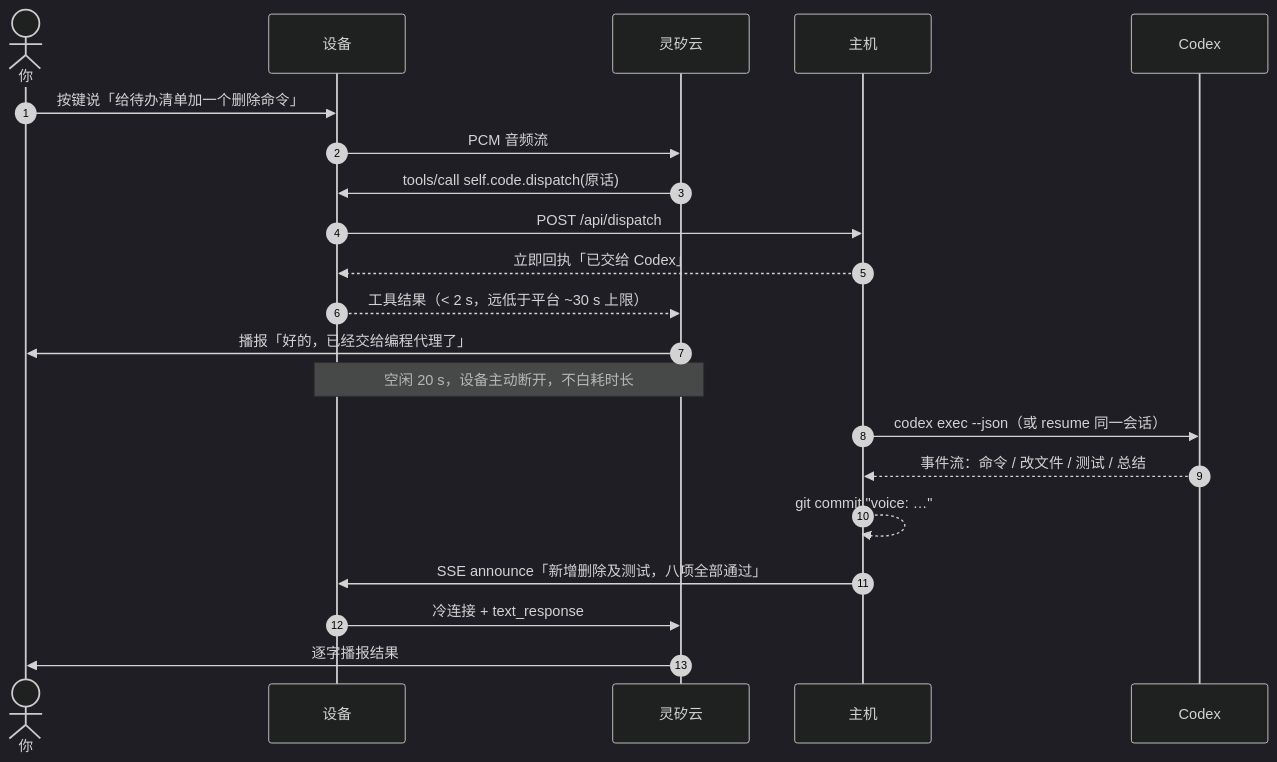
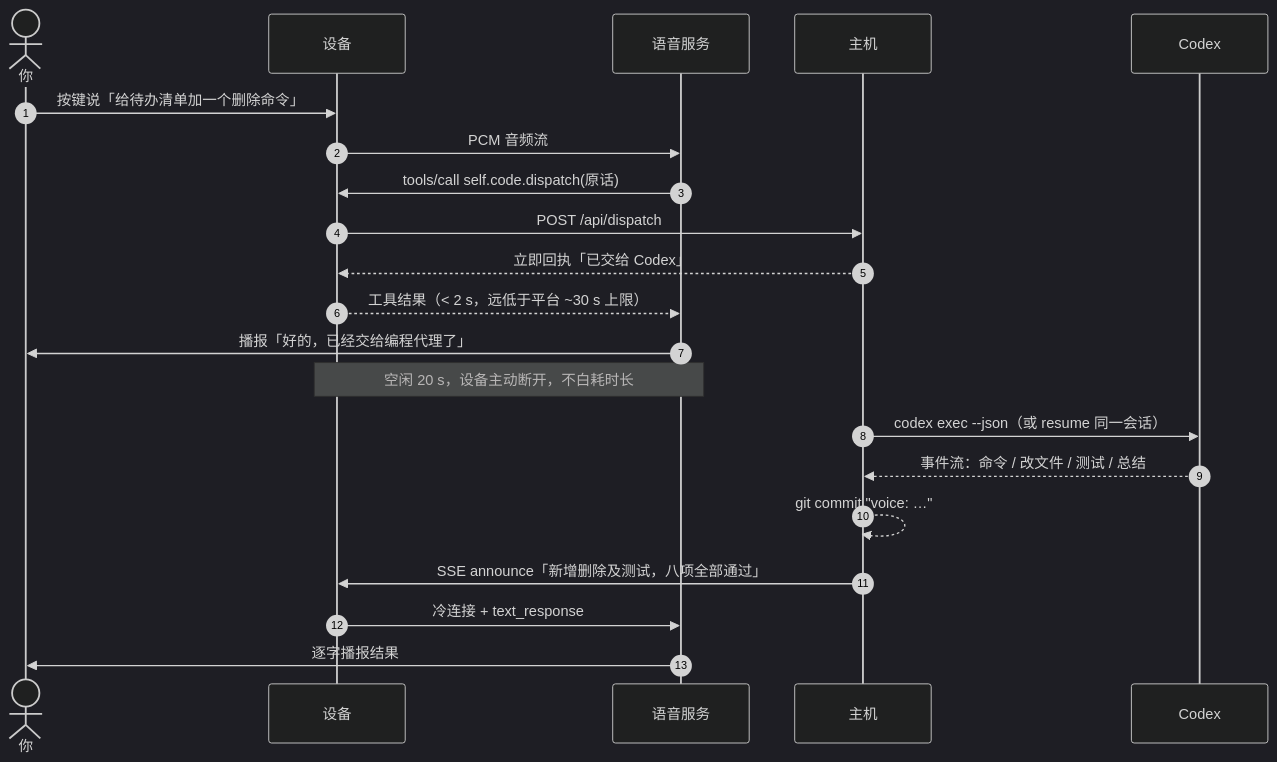
The second of 2 diagrams in README.md (Qiniu-ERE/Sunflower), drawn with Mermaid (dark theme) before and after one commit. The commit also changed other lines of this file and 14 other files, not shown here.

````diff
--- a/README.md
+++ b/README.md
@@ -73,24 +102,24 @@
 ```mermaid
 sequenceDiagram
     autonumber
     actor 你
     participant 设备
-    participant 灵矽 as 灵矽云
+    participant 灵矽 as 语音服务
     participant 主机
     participant Codex
 
     你->>设备: 按键说「给待办清单加一个删除命令」
     设备->>灵矽: PCM 音频流
     灵矽->>设备: tools/call self.code.dispatch(原话)
     设备->>主机: POST /api/dispatch
     主机-->>设备: 立即回执「已交给 Codex」
     设备-->>灵矽: 工具结果（< 2 s，远低于平台 ~30 s 上限）
     灵矽->>你: 播报「好的，已经交给编程代理了」
     Note over 设备,灵矽: 空闲 20 s，设备主动断开，不白耗时长
     主机->>Codex: codex exec --json（或 resume 同一会话）
     Codex-->>主机: 事件流：命令 / 改文件 / 测试 / 总结
     主机-->>主机: git commit "voice: …"
     主机->>设备: SSE announce「新增删除及测试，八项全部通过」
     设备->>灵矽: 冷连接 + text_response
     灵矽->>你: 逐字播报结果
 ```
````
